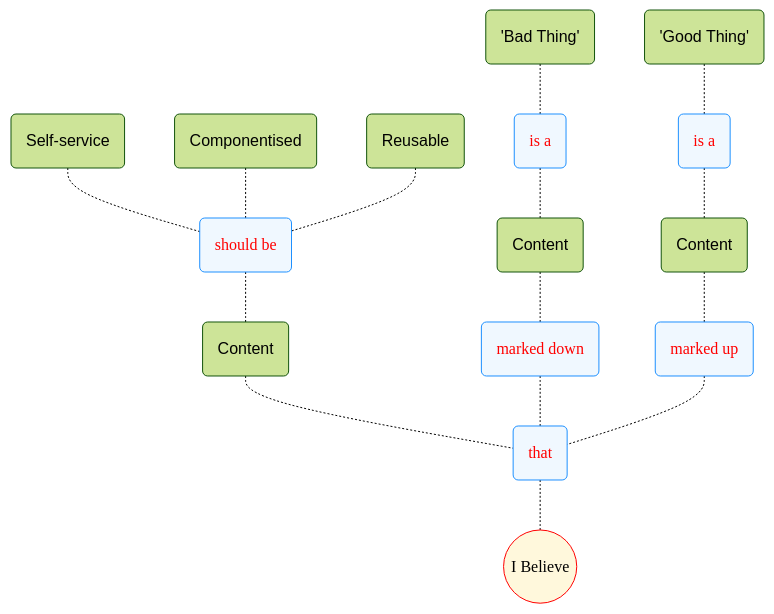
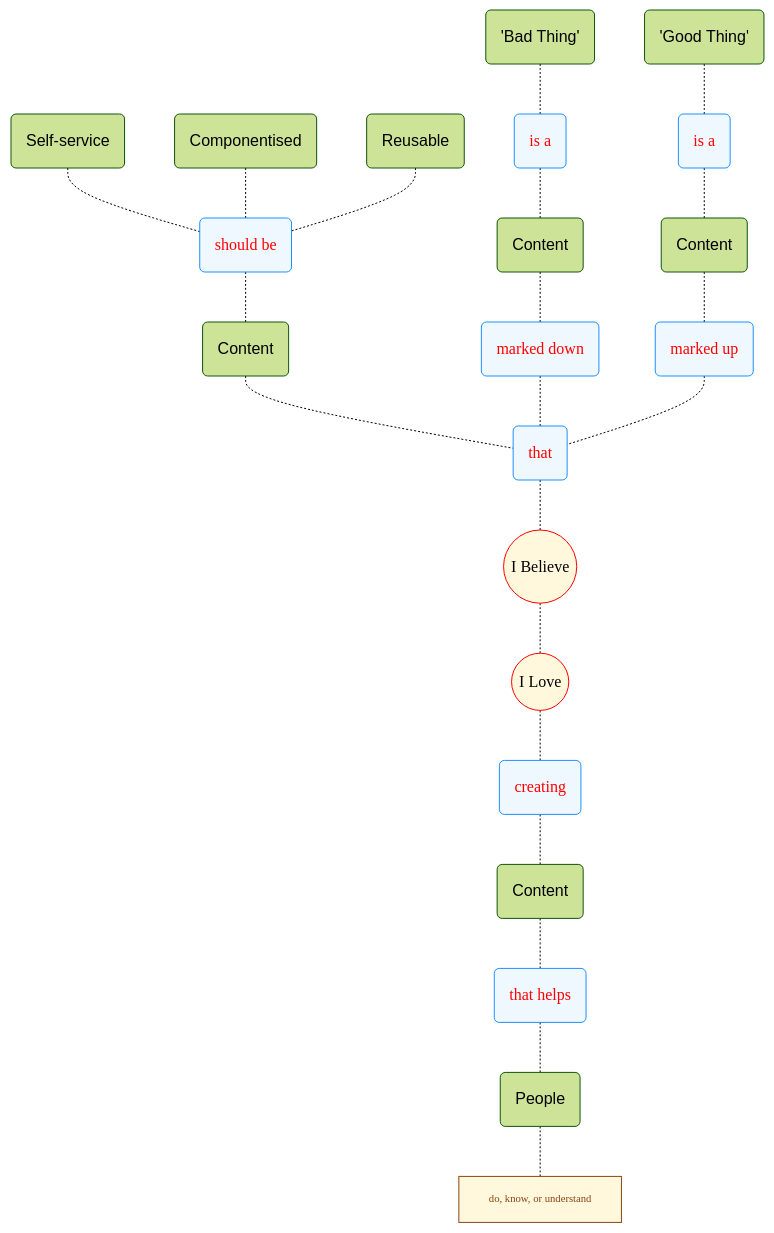
The first of 2 diagrams in my_mindmap_02.md (joe-dorward/samples), drawn with Mermaid before and after one commit.

````diff
--- a/my_mindmap_02.md
+++ b/my_mindmap_02.md
@@ -1,39 +1,56 @@
 ```mermaid
 %%{init: { "theme":"forest"} }%%
 flowchart TD
   classDef Start fill:cornsilk, stroke:red, font-family:verdana;
   classDef Verb fill:aliceblue, color:red, stroke:dodgerblue, font-family:verdana;
+  classDef Note fill:cornsilk, stroke:saddlebrown, color:saddlebrown, font-family:verdana, font-size:8pt, text-align:left;
 
   SELF_SERVICE("Self-service")
   COMPONENTISED("Componentised")
   REUSABLE("Reusable")
 
   CONTENT_1("Content")
 
   SHOULD_BE_1("should be")
   THAT_1("that")
 
   I_BELIEVE(("I Believe")):::Start
 
   class SHOULD_BE_1,THAT_1 Verb;
 
   SELF_SERVICE-.-SHOULD_BE_1-.-CONTENT_1-.-THAT_1-.-I_BELIEVE
   COMPONENTISED-.-SHOULD_BE_1
   REUSABLE-.-SHOULD_BE_1
 
   %% ----------
   BAD_THING("'Bad Thing'")
   IS_A_1("is a")
   CONTENT_2("Content")
   MARKED_DOWN("marked down")
 
   GOOD_THING("'Good Thing'")
   IS_A_2("is a")
   CONTENT_3("Content")
   MARKED_UP("marked up")
 
   BAD_THING-.-IS_A_1-.-CONTENT_2-.-MARKED_DOWN-.-THAT_1
   GOOD_THING-.-IS_A_2-.-CONTENT_3-.-MARKED_UP-.-THAT_1
 
   class MARKED_DOWN,IS_A_1,MARKED_UP,IS_A_2 Verb;
+
+  %% ==========
+  I_LOVE(("I Love")):::Start
+
+  I_BELIEVE-.-I_LOVE
+  %% ---------- ---------- ---------- ---------- ----------
+  CREATING("creating")
+  CONTENT_4("Content")
+  THAT_HELPS("that helps")
+  PEOPLE("People")
+  DO_KNOW_UNDERSTAND["do, know, or understand"]
+
+  class CREATING,THAT_HELPS Verb;
+  class DO_KNOW_UNDERSTAND Note;
+
+  I_LOVE-.-CREATING-.-CONTENT_4-.-THAT_HELPS-.-PEOPLE-.-DO_KNOW_UNDERSTAND
 ```
````
